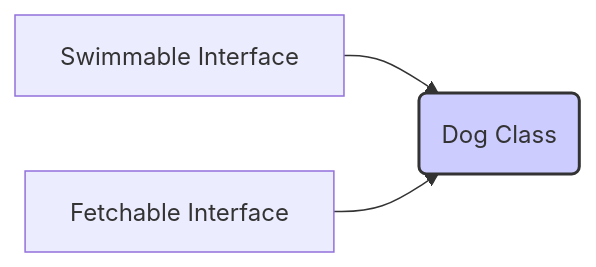
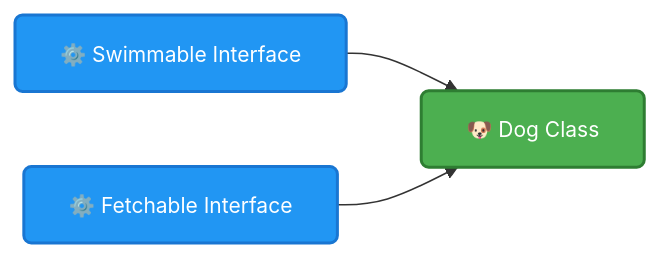
Before and after one commit to infoyouth/infoyouth.github.io: the second of 4 diagrams in _posts/2024-12-22-10.-interfaces-in-java.md, drawn with Mermaid. The commit also changed other lines of this file and 1 other file, not shown here.

````diff
--- a/_posts/2024-12-22-10.-interfaces-in-java.md
+++ b/_posts/2024-12-22-10.-interfaces-in-java.md
@@ -165,6 +174,10 @@
 ```mermaid
 graph LR
-    A[Swimmable Interface] --> B(Dog Class);
-    C[Fetchable Interface] --> B;
-    style B fill:#ccf,stroke:#333,stroke-width:2px
+    style A fill:#2196F3,stroke:#1976D2,stroke-width:2px,color:#FFFFFF,font-size:14px,rx:5px,ry:5px
+    style B fill:#4CAF50,stroke:#2E7D32,stroke-width:2px,color:#FFFFFF,font-size:14px,rx:5px,ry:5px
+    style C fill:#2196F3,stroke:#1976D2,stroke-width:2px,color:#FFFFFF,font-size:14px,rx:5px,ry:5px
+
+    A[⚙️ Swimmable Interface] --> B[🐶 Dog Class]
+    C[⚙️ Fetchable Interface] --> B
+
 ```
````
